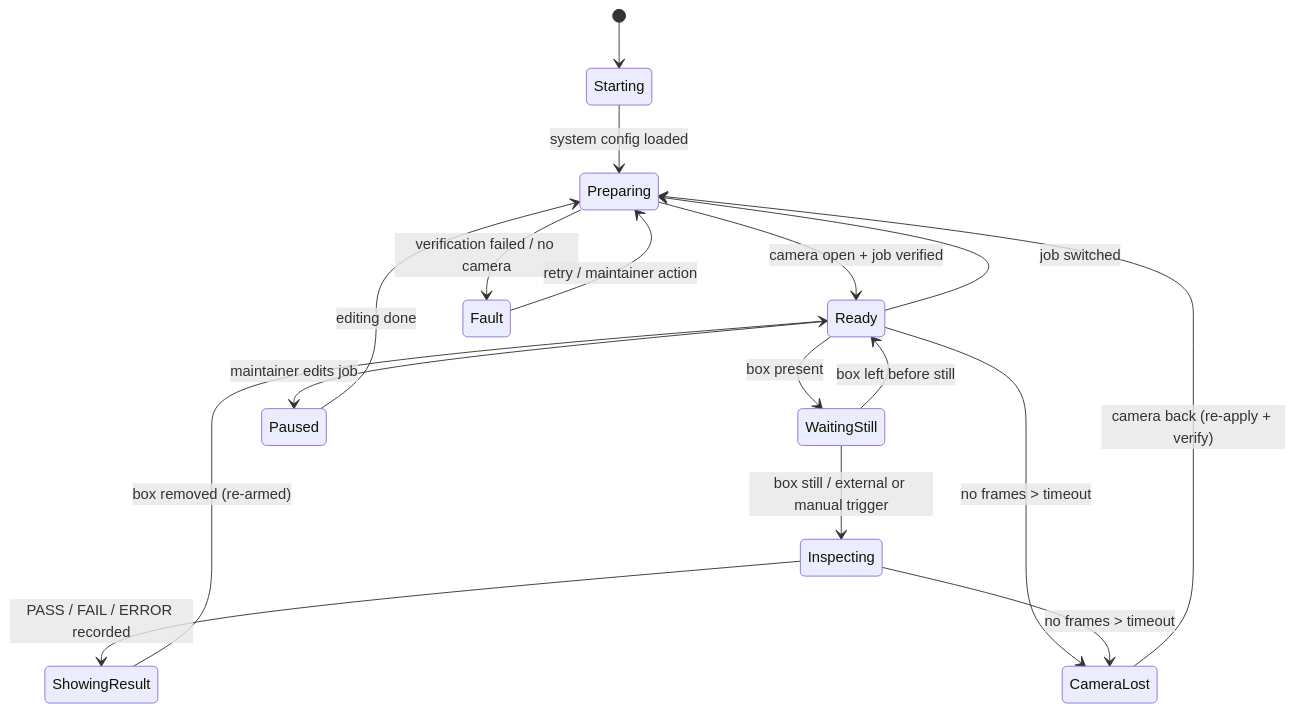
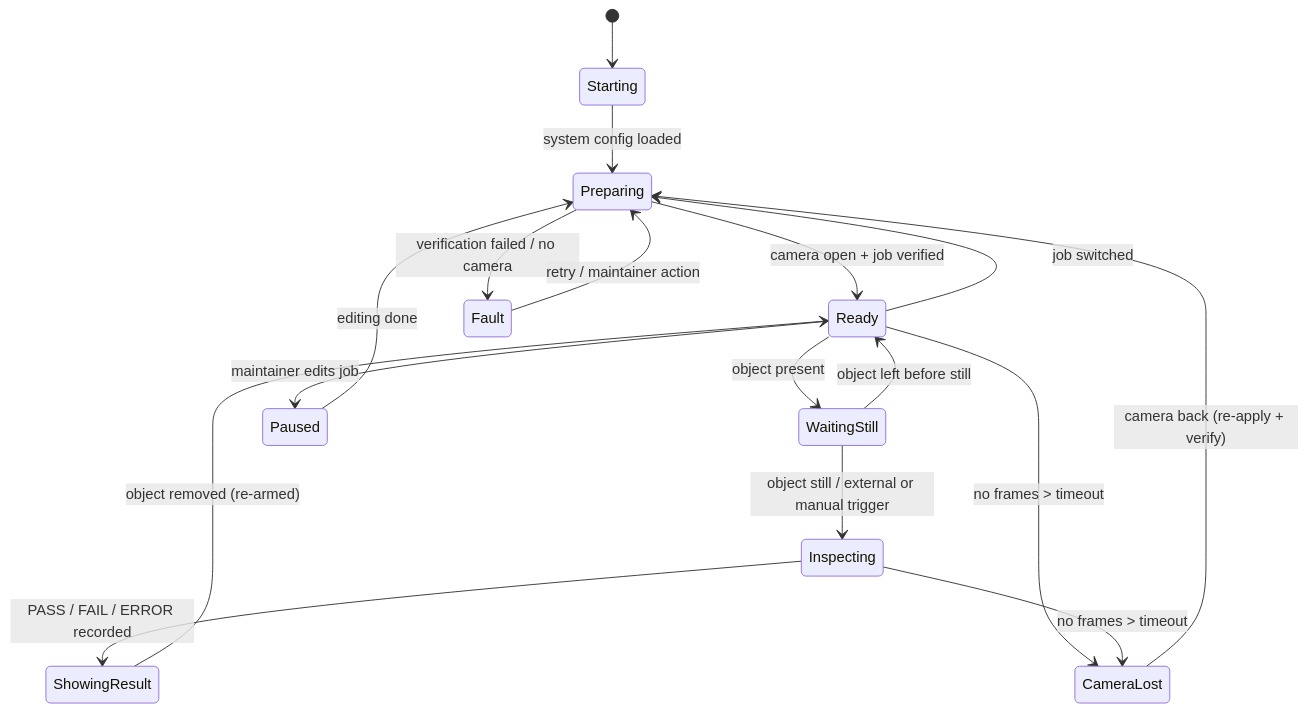
One commit to LucasSiedschlag/vision-station changed the third of 5 diagrams in docs/architecture.md. Above: the diagram before and after it, drawn with Mermaid. The commit also changed other lines of this file and 8 other files, not shown here.

Commit message:
refactor(jobs): rename checks to tools and box to anchor, add trigger modes and job texts

````diff
--- a/docs/architecture.md
+++ b/docs/architecture.md
@@ -326,19 +331,19 @@
 ```mermaid
 stateDiagram-v2
     [*] --> Starting
     Starting --> Preparing: system config loaded
     Preparing --> Ready: camera open + job verified
     Preparing --> Fault: verification failed / no camera
-    Ready --> WaitingStill: box present
-    WaitingStill --> Ready: box left before still
-    WaitingStill --> Inspecting: box still / external or manual trigger
+    Ready --> WaitingStill: object present
+    WaitingStill --> Ready: object left before still
+    WaitingStill --> Inspecting: object still / external or manual trigger
     Inspecting --> ShowingResult: PASS / FAIL / ERROR recorded
-    ShowingResult --> Ready: box removed (re-armed)
+    ShowingResult --> Ready: object removed (re-armed)
     Ready --> Preparing: job switched
     Ready --> CameraLost: no frames > timeout
     Inspecting --> CameraLost: no frames > timeout
     CameraLost --> Preparing: camera back (re-apply + verify)
     Fault --> Preparing: retry / maintainer action
     Ready --> Paused: maintainer edits job
     Paused --> Preparing: editing done
 ```
````
